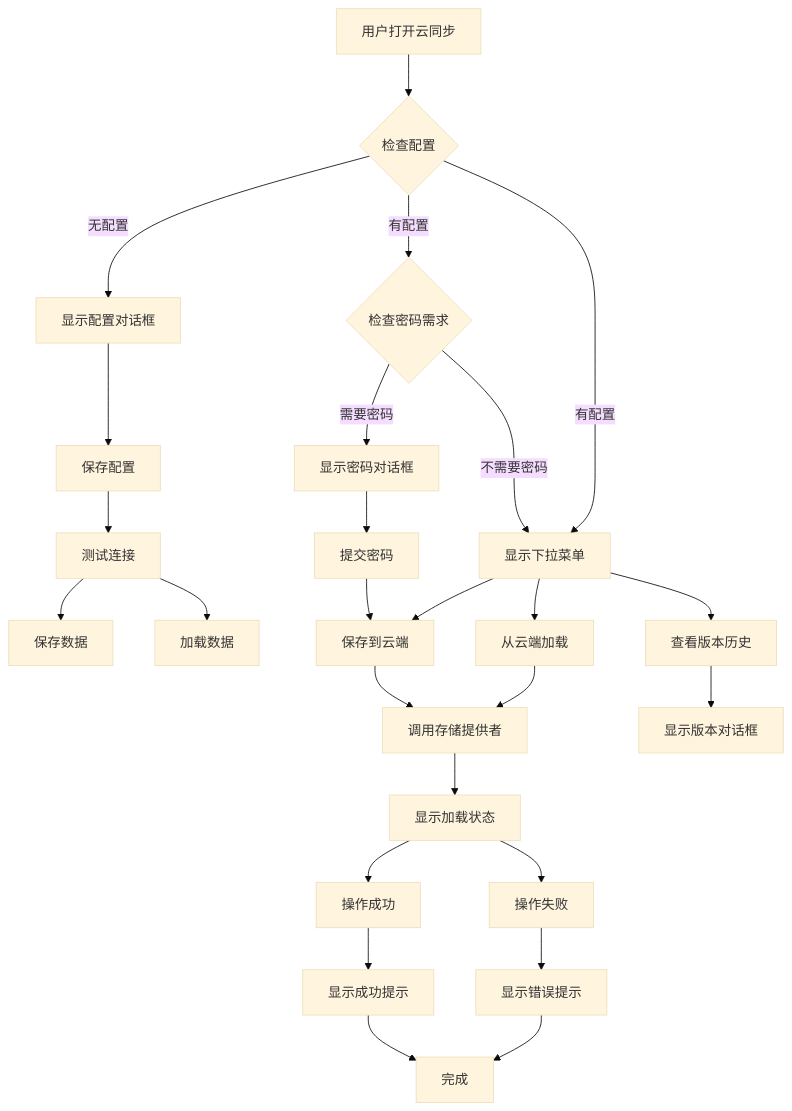
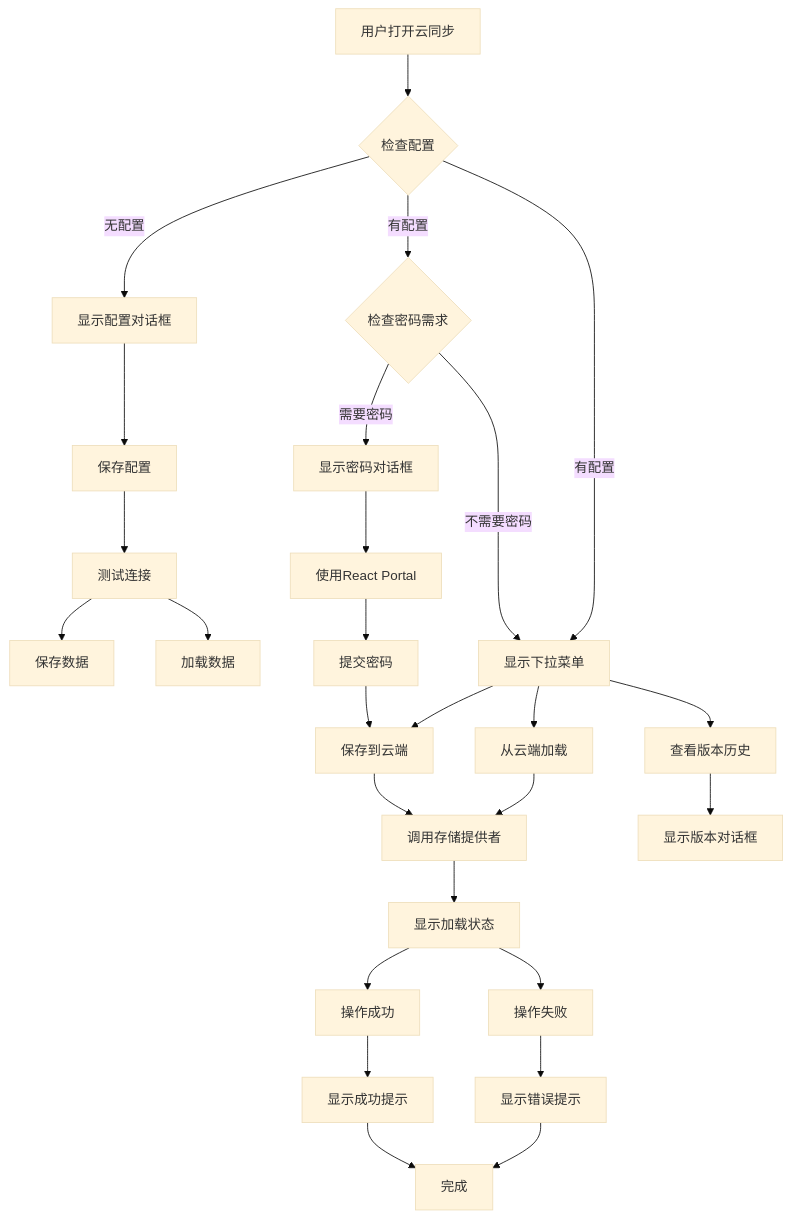
Before and after one commit to steveyu2/formula-mapper: the fifth of 12 diagrams in .qoder/repowiki/zh/content/用户指南/数据管理/云同步集成.md, drawn with Mermaid (base theme). The commit also changed other lines of this file and 12 other files, not shown here.

````diff
--- a/.qoder/repowiki/zh/content/用户指南/数据管理/云同步集成.md
+++ b/.qoder/repowiki/zh/content/用户指南/数据管理/云同步集成.md
@@ -301,28 +321,29 @@
 ```mermaid
 flowchart TD
 Start[用户打开云同步] --> CheckConfig{检查配置}
 CheckConfig --> |无配置| ShowModal[显示配置对话框]
 CheckConfig --> |有配置| CheckPassword{检查密码需求}
 CheckConfig --> |有配置| ShowDropdown[显示下拉菜单]
 CheckPassword --> |需要密码| ShowPasswordDialog[显示密码对话框]
 CheckPassword --> |不需要密码| ShowDropdown
 ShowModal --> SaveConfig[保存配置]
 SaveConfig --> TestConnection[测试连接]
 TestConnection --> SaveData[保存数据]
 TestConnection --> LoadData[加载数据]
 ShowDropdown --> SaveToCloud[保存到云端]
 ShowDropdown --> LoadFromCloud[从云端加载]
 ShowDropdown --> ViewVersions[查看版本历史]
-ShowPasswordDialog --> SubmitPassword[提交密码]
+ShowPasswordDialog --> Portal[使用React Portal]
+Portal --> SubmitPassword[提交密码]
 SubmitPassword --> SaveToCloud
 SaveToCloud --> ProviderCall[调用存储提供者]
 LoadFromCloud --> ProviderCall
 ViewVersions --> VersionModal[显示版本对话框]
 ProviderCall --> LoadingState[显示加载状态]
 LoadingState --> Success[操作成功]
 LoadingState --> Error[操作失败]
 Success --> Toast[显示成功提示]
 Error --> ToastError[显示错误提示]
 Toast --> End[完成]
 ToastError --> End
 ```
````
